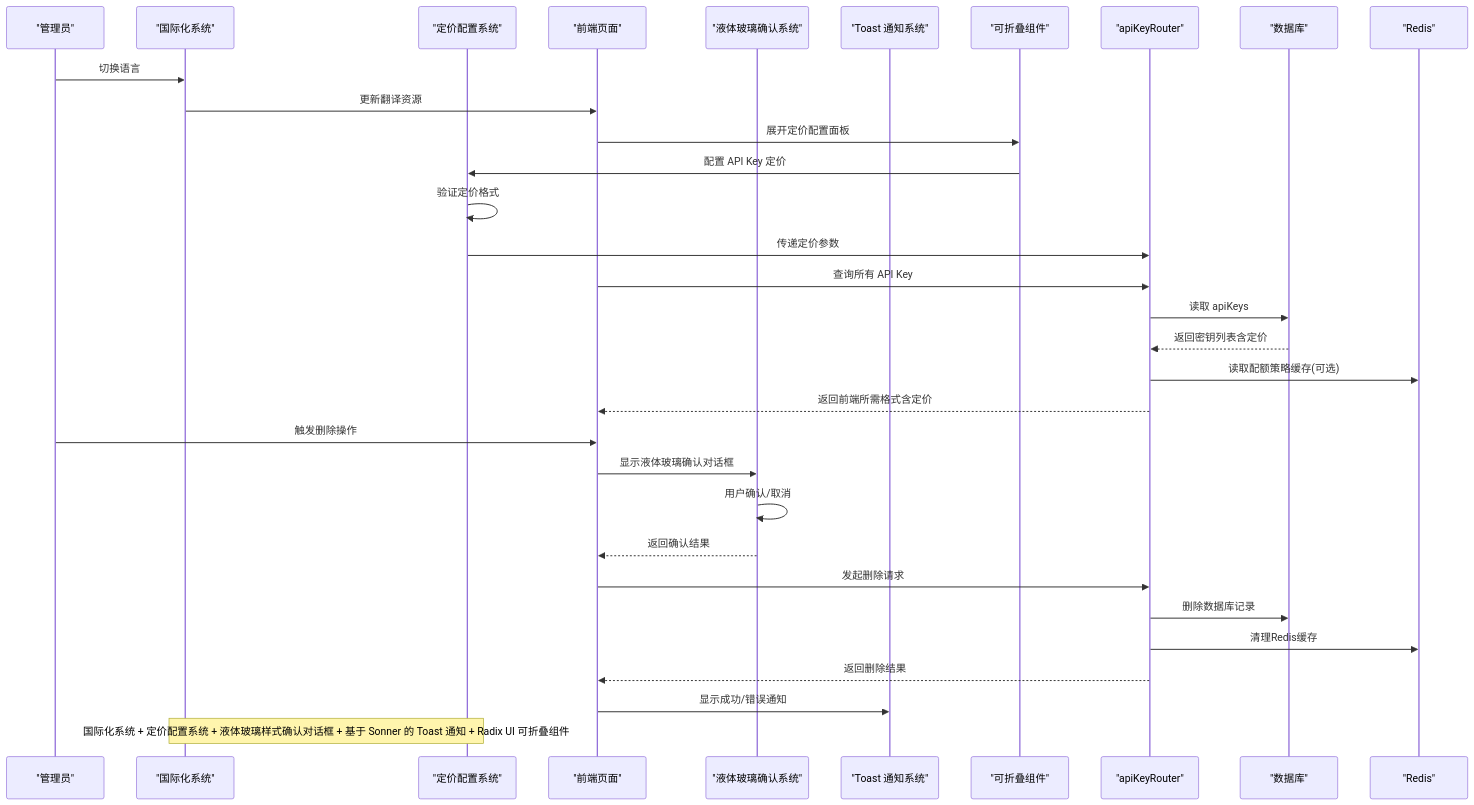
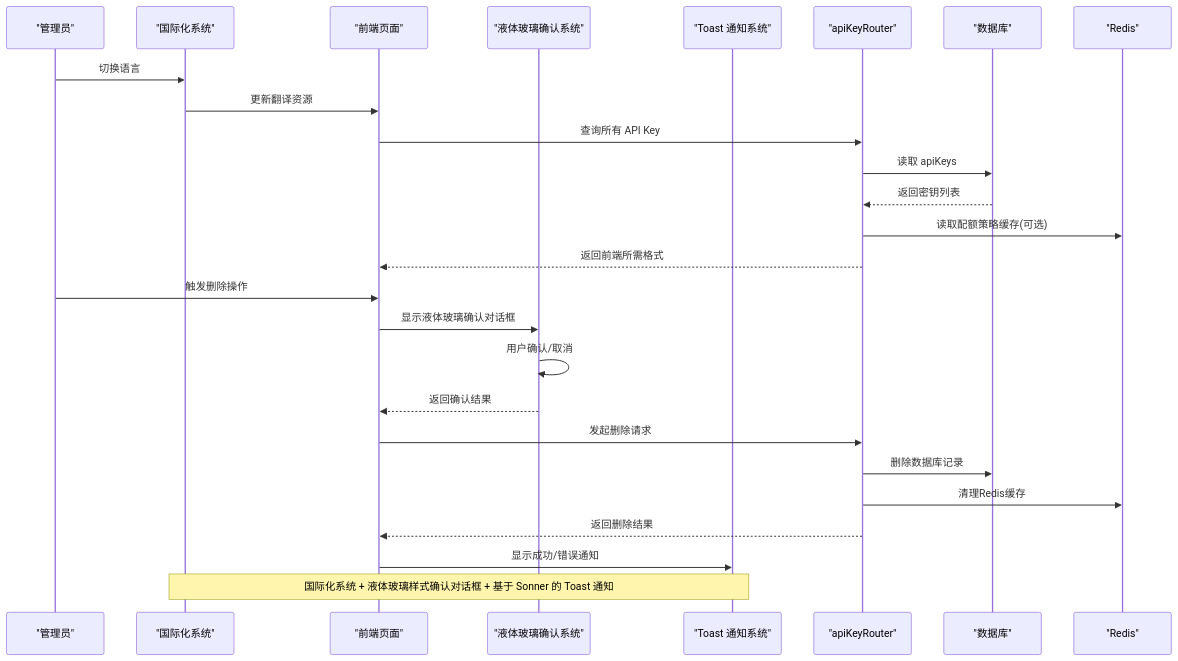
Before and after one commit to RadiumAg/AIGate: the second of 10 diagrams in .qoder/repowiki/zh/content/核心功能/API Key 管理.md, drawn with Mermaid. The commit also changed other lines of this file and 15 other files, not shown here.

````diff
--- a/.qoder/repowiki/zh/content/核心功能/API Key 管理.md
+++ b/.qoder/repowiki/zh/content/核心功能/API Key 管理.md
@@ -166,34 +146,28 @@
 ```mermaid
 sequenceDiagram
 participant Admin as "管理员"
 participant I18n as "国际化系统"
-participant Pricing as "定价配置系统"
 participant UI as "前端页面"
 participant Confirm as "液体玻璃确认系统"
 participant Toast as "Toast 通知系统"
-participant Collapsible as "可折叠组件"
 participant API as "apiKeyRouter"
 participant DB as "数据库"
 participant Cache as "Redis"
 Admin->>I18n : 切换语言
 I18n->>UI : 更新翻译资源
-UI->>Collapsible : 展开定价配置面板
-Collapsible->>Pricing : 配置 API Key 定价
-Pricing->>Pricing : 验证定价格式
-Pricing->>API : 传递定价参数
 UI->>API : 查询所有 API Key
 API->>DB : 读取 apiKeys
-DB-->>API : 返回密钥列表含定价
+DB-->>API : 返回密钥列表
 API->>Cache : 读取配额策略缓存(可选)
-API-->>UI : 返回前端所需格式含定价
+API-->>UI : 返回前端所需格式
 Admin->>UI : 触发删除操作
 UI->>Confirm : 显示液体玻璃确认对话框
 Confirm->>Confirm : 用户确认/取消
 Confirm-->>UI : 返回确认结果
 UI->>API : 发起删除请求
 API->>DB : 删除数据库记录
 API->>Cache : 清理Redis缓存
 API-->>UI : 返回删除结果
 UI->>Toast : 显示成功/错误通知
-Note over I18n,Pricing : 国际化系统 + 定价配置系统 + 液体玻璃样式确认对话框 + 基于 Sonner 的 Toast 通知 + Radix UI 可折叠组件
+Note over I18n,Toast : 国际化系统 + 液体玻璃样式确认对话框 + 基于 Sonner 的 Toast 通知
 ```
````
